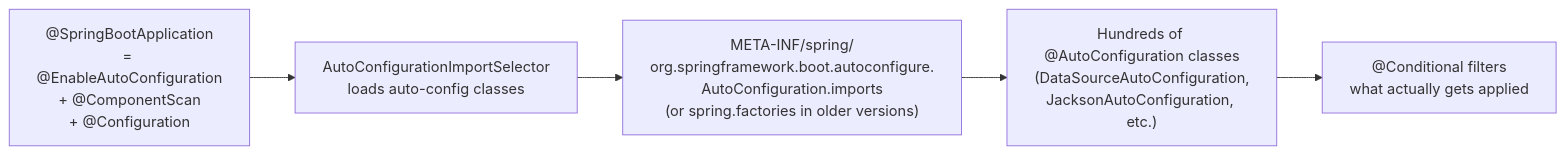
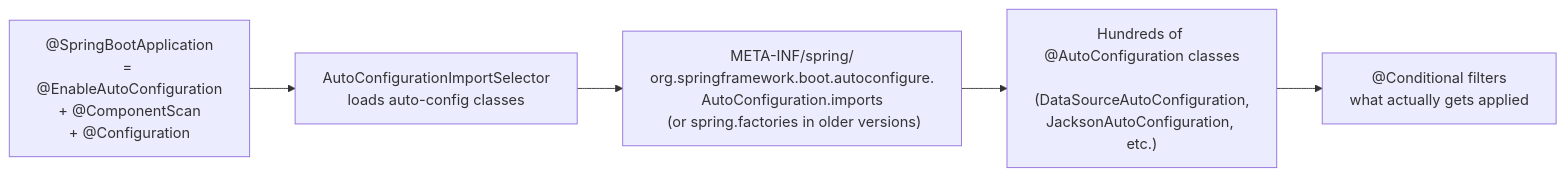
Before and after one commit to pploc/swe-icon-the-moment: the diagram in content/questions/language/java/spring-boot-autoconfiguration.md, drawn with Mermaid. The commit also changed 95 other files, not shown here.

Commit message:
fix: update the practice mode diagram bug not display

````diff
--- a/content/questions/language/java/spring-boot-autoconfiguration.md
+++ b/content/questions/language/java/spring-boot-autoconfiguration.md
@@ -20,10 +20,11 @@
 ```mermaid
 flowchart LR
     Boot["@SpringBootApplication\n= @EnableAutoConfiguration\n+ @ComponentScan\n+ @Configuration"]
     Boot --> Loader["AutoConfigurationImportSelector\nloads auto-config classes"]
-    Loader --> File["META-INF/spring/\norg.springframework.boot.autoconfigure.\nAutoConfiguration.imports\n(or spring.factories in older versions)"]
-    File --> Config["Hundreds of @AutoConfiguration classes\n(DataSourceAutoConfiguration,\nJacksonAutoConfiguration, etc.)"]
+    Loader --> File["META-INF/spring/\norg.springframework.boot.autoconfigure.\nAutoConfiguration.imports\n (or spring.factories in older versions)"]
+    File --> Config["Hundreds of @AutoConfiguration classes\n (DataSourceAutoConfiguration,\nJacksonAutoConfiguration, etc.)"]
     Config --> Cond["@Conditional filters\nwhat actually gets applied"]
 
 
+
 ```
````
